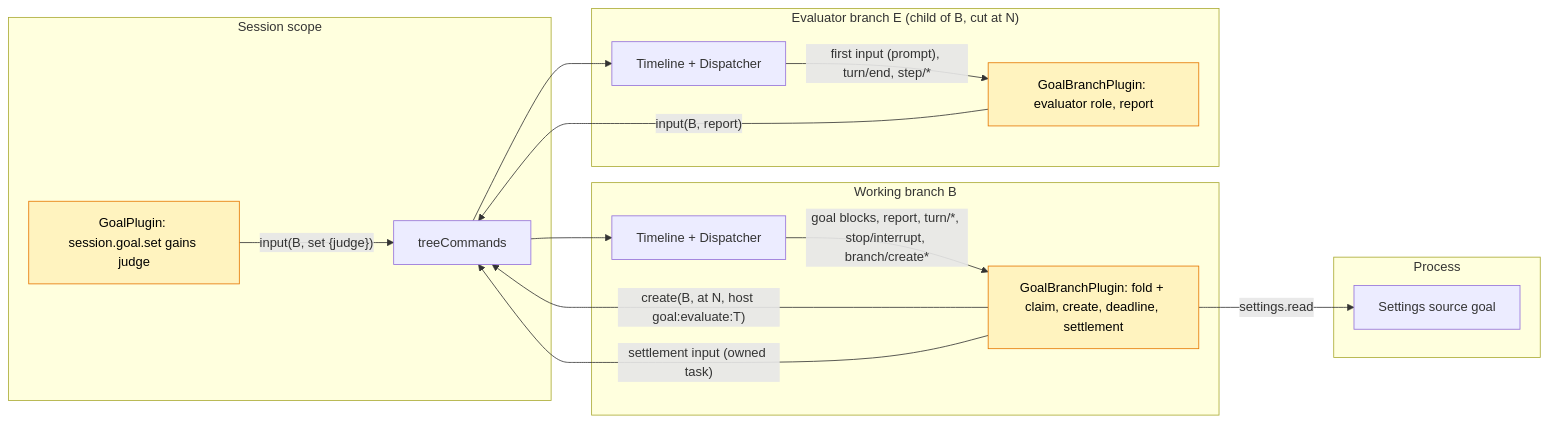
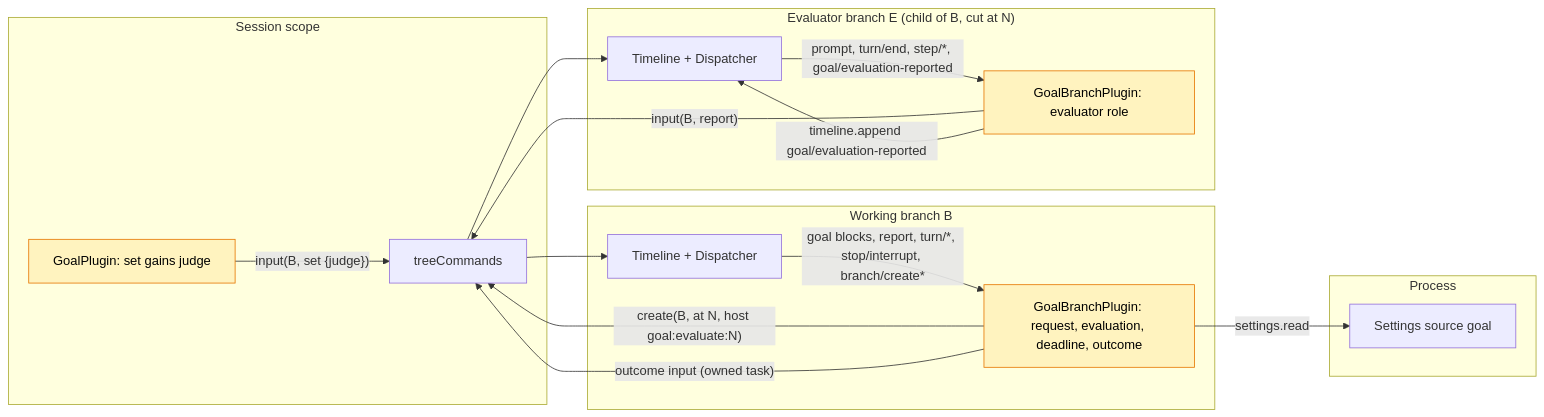
One commit to CoutinhoTTS/dim-agent changed the diagram in docs/design/plugins/Pursuit.md. Above: the diagram before and after it, drawn with Mermaid. The commit also changed other lines of this file and 1 other file, not shown here.

First line of the commit message:
docs(pursuit): evaluate only where Goal would stop; remove claim states

````diff
--- a/docs/design/plugins/Pursuit.md
+++ b/docs/design/plugins/Pursuit.md
@@ -53,28 +55,29 @@
 ```mermaid
 flowchart LR
   subgraph PROC["Process"]
     Settings["Settings source goal"]
   end
   subgraph SESS["Session scope"]
-    GS["GoalPlugin: session.goal.set gains judge"]:::changed
+    GS["GoalPlugin: set gains judge"]:::changed
     TC["treeCommands"]
   end
   subgraph BR["Working branch B"]
-    GB["GoalBranchPlugin: fold + claim, create, deadline, settlement"]:::changed
+    GB["GoalBranchPlugin: request, evaluation, deadline, outcome"]:::changed
     TL["Timeline + Dispatcher"]
   end
   subgraph EV["Evaluator branch E (child of B, cut at N)"]
-    GE["GoalBranchPlugin: evaluator role, report"]:::changed
+    GE["GoalBranchPlugin: evaluator role"]:::changed
     ETL["Timeline + Dispatcher"]
   end
   GS -- "input(B, set {judge})" --> TC
   TC --> TL
   TL -- "goal blocks, report, turn/*, stop/interrupt, branch/create*" --> GB
-  GB -- "create(B, at N, host goal:evaluate:T)" --> TC
+  GB -- "create(B, at N, host goal:evaluate:N)" --> TC
   TC --> ETL
-  ETL -- "first input (prompt), turn/end, step/*" --> GE
+  ETL -- "prompt, turn/end, step/*, goal/evaluation-reported" --> GE
   GE -- "input(B, report)" --> TC
-  GB -- "settlement input (owned task)" --> TC
+  GE -- "timeline.append goal/evaluation-reported" --> ETL
+  GB -- "outcome input (owned task)" --> TC
   GB -- "settings.read" --> Settings
   classDef changed fill:#fff3bf,stroke:#e67700,color:#000
 ```
````
